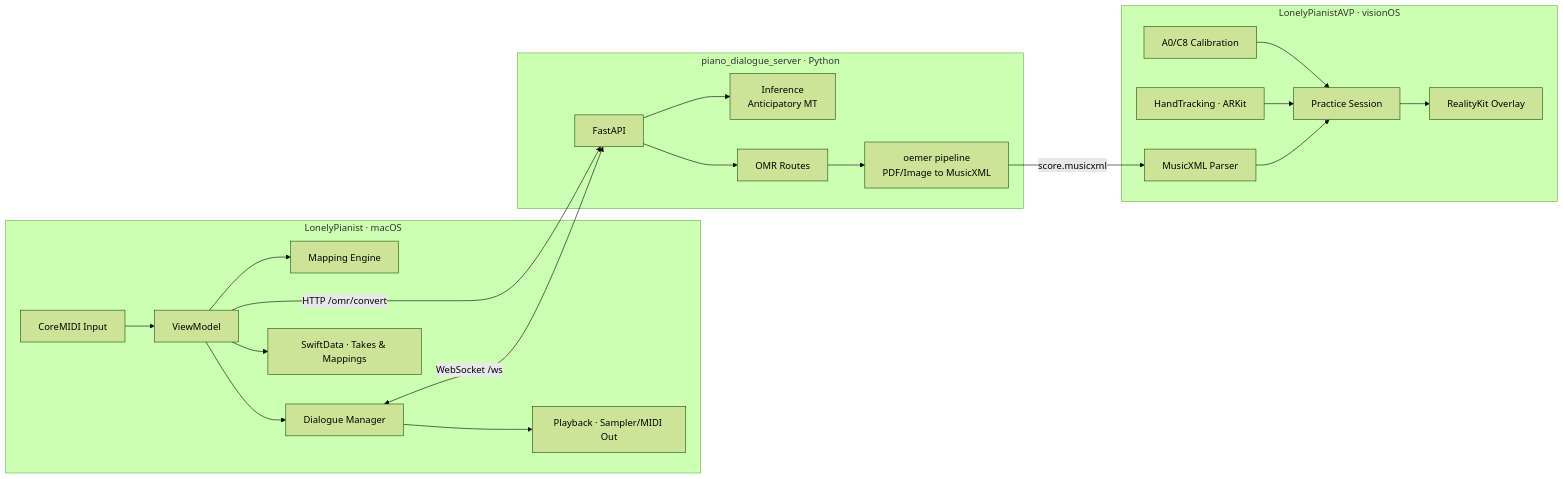
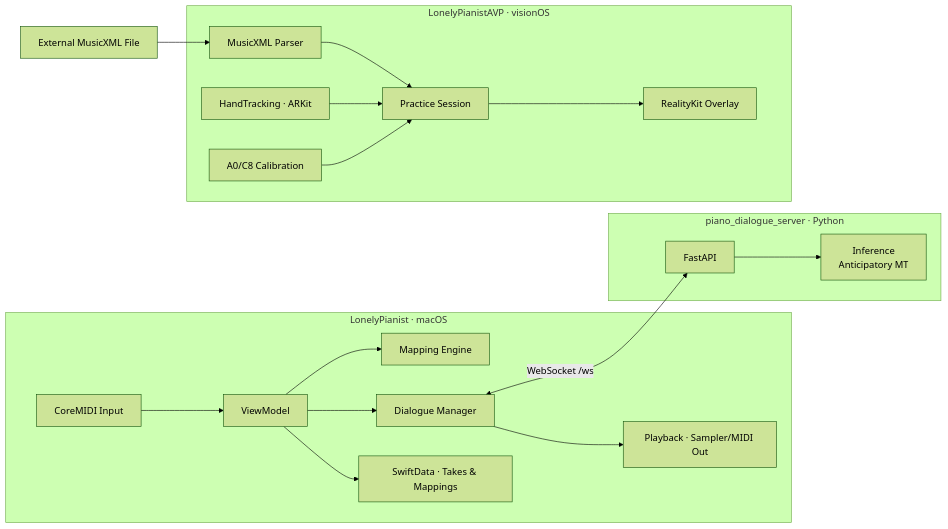
Before and after one commit to chiimagnus/LonelyPianist: the diagram in README.md, drawn with Mermaid (forest theme). The commit also changed other lines of this file and 24 other files, not shown here.

````diff
--- a/README.md
+++ b/README.md
@@ -31,24 +31,21 @@
 ```mermaid
 flowchart LR
     subgraph macOS[LonelyPianist · macOS]
         A1[CoreMIDI Input] --> A2[ViewModel]
         A2 --> A3[Mapping Engine]
         A2 --> A4[Dialogue Manager]
         A2 --> A5[SwiftData · Takes & Mappings]
         A4 --> A6[Playback · Sampler/MIDI Out]
     end
     subgraph PY[piano_dialogue_server · Python]
         P1[FastAPI] --> P2["Inference<br/>Anticipatory MT"]
-        P1 --> P3[OMR Routes]
-        P3 --> P4["oemer pipeline<br/>PDF/Image to MusicXML"]
     end
     subgraph AVP[LonelyPianistAVP · visionOS]
         V1[MusicXML Parser] --> V2[Practice Session]
         V3[HandTracking · ARKit] --> V2
         V4[A0/C8 Calibration] --> V2
         V2 --> V5[RealityKit Overlay]
     end
     A4 <-->|WebSocket /ws| P1
-    A2 -->|HTTP /omr/convert| P1
-    P4 -->|score.musicxml| V1
+    E1[External MusicXML File] --> V1
 ```
````
